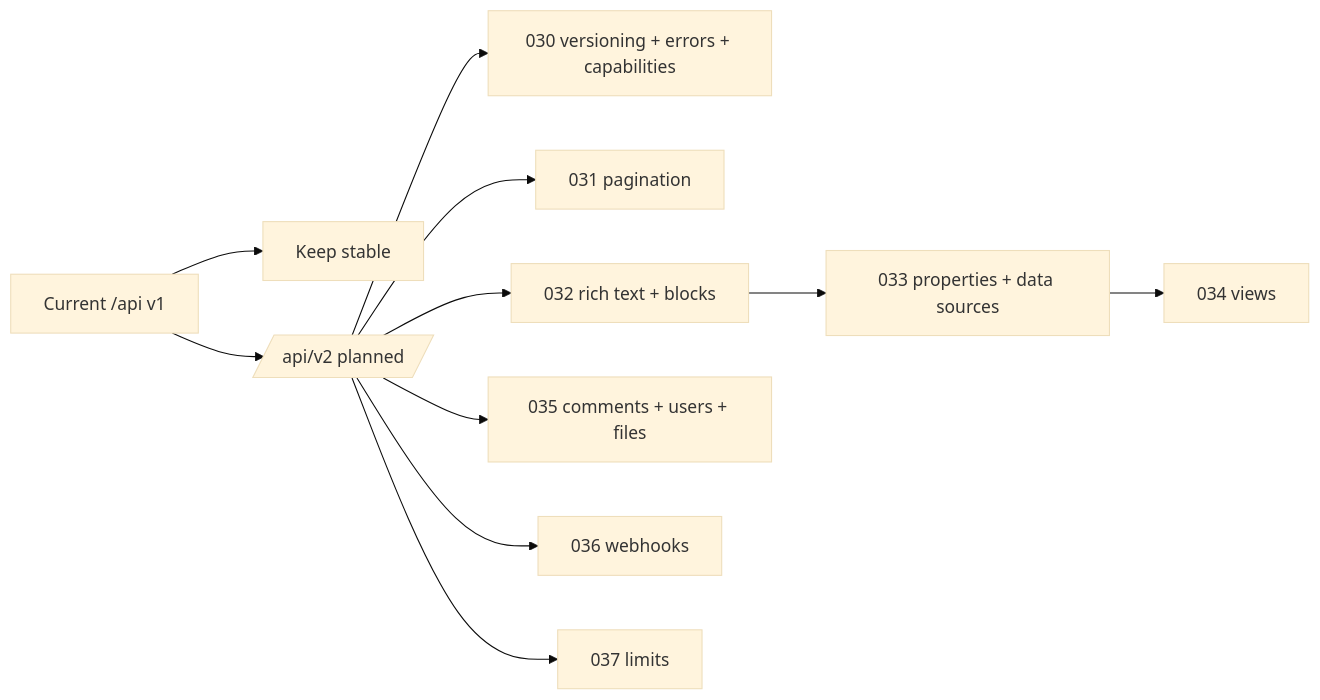
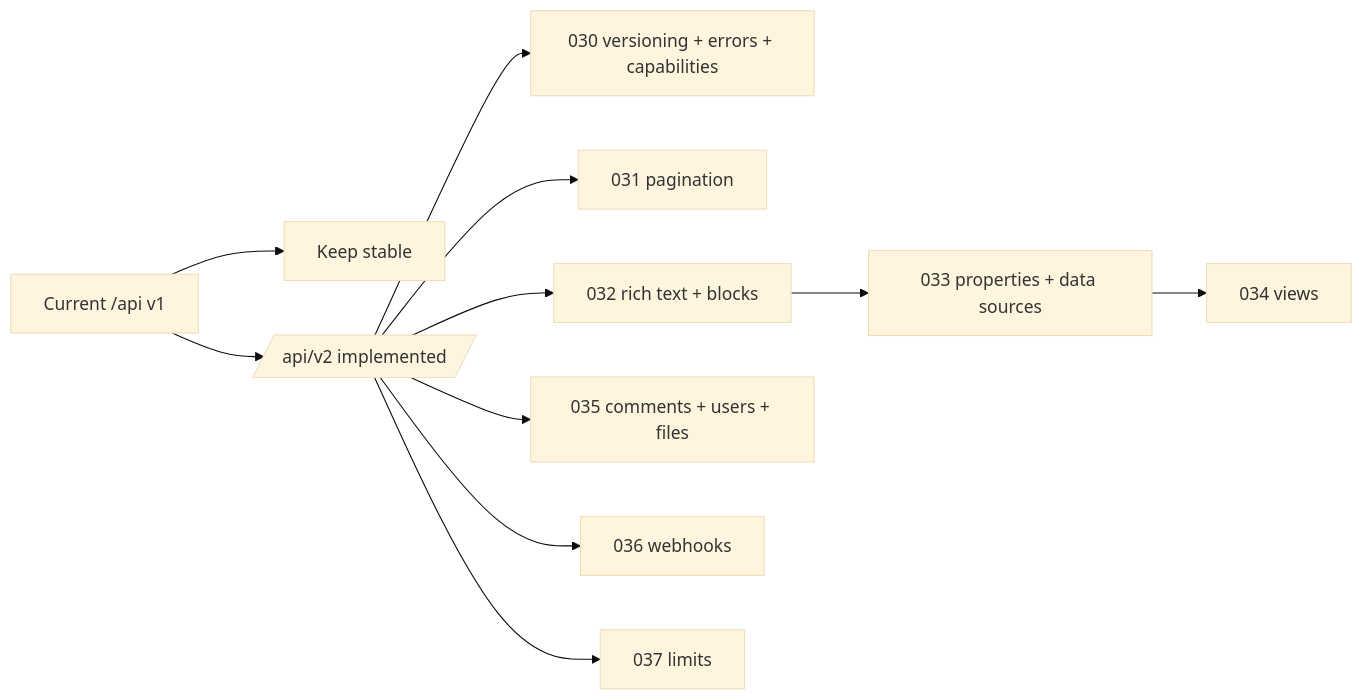
Before and after one commit to lunagcezar/ion-of-notes: the fifth of 5 diagrams in docs/api-contract.md, drawn with Mermaid (base theme). The commit also changed other lines of this file and 28 other files, not shown here.

````diff
--- a/docs/api-contract.md
+++ b/docs/api-contract.md
@@ -515,13 +549,13 @@
 ```mermaid
 flowchart LR
     V1[Current /api v1] --> KEEP[Keep stable]
-    V1 --> V2[/api/v2 planned/]
+    V1 --> V2[/api/v2 implemented/]
     V2 --> F[030 versioning + errors + capabilities]
     V2 --> P[031 pagination]
     V2 --> B[032 rich text + blocks]
     B --> D[033 properties + data sources]
     D --> W[034 views]
     V2 --> C[035 comments + users + files]
     V2 --> H[036 webhooks]
     V2 --> L[037 limits]
 ```
````
